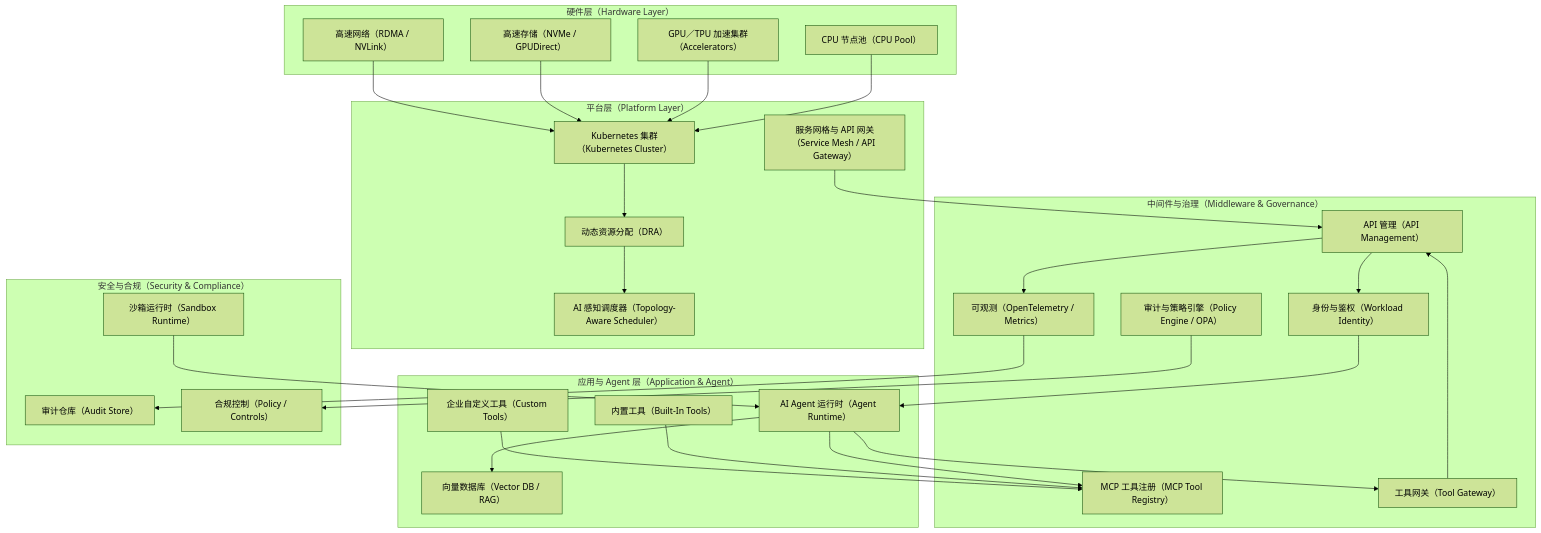
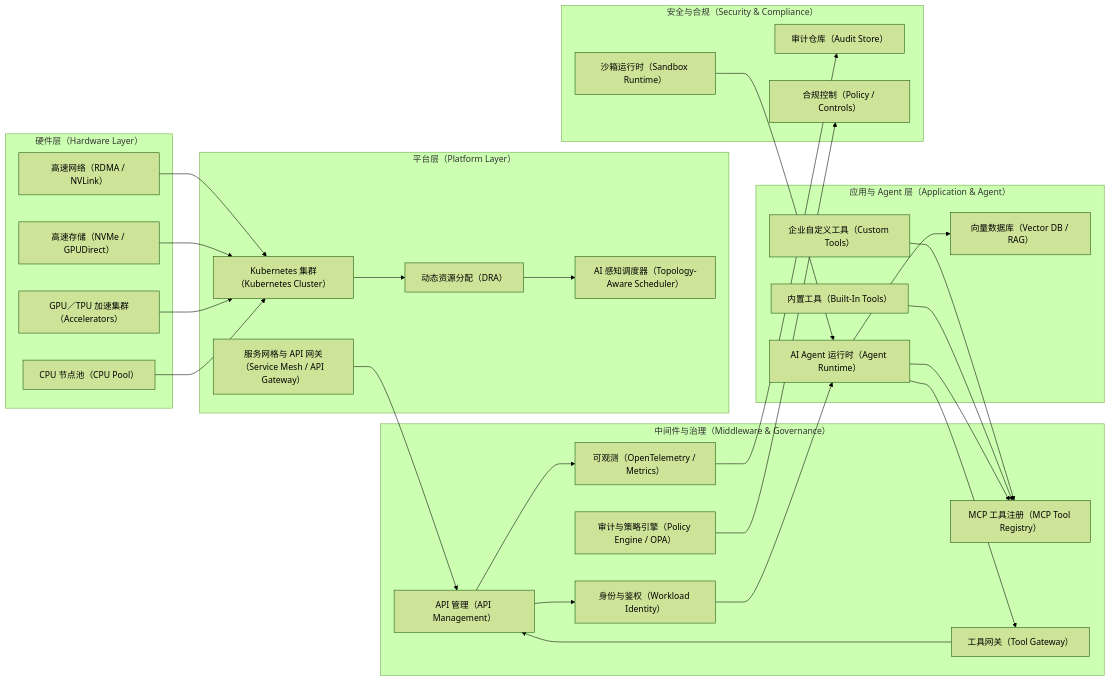
The diagram in examples/trends/04_agentic-ai-reference-architecture&platform.md (turtacn/PersonalAI), drawn with Mermaid (forest theme) before and after one commit.

Commit message:
technology insight on agentic ai infrastructure and platform

`````diff
--- a/examples/trends/04_agentic-ai-reference-architecture&platform.md
+++ b/examples/trends/04_agentic-ai-reference-architecture&platform.md
@@ -76,64 +76,64 @@
 ```mermaid
-flowchart TB
+flowchart LR
     %% 模块命名规则示例"大写缩写[中文名称（English Term）]"
     subgraph HW[硬件层（Hardware Layer）]
         A1[CPU 节点池（CPU Pool）]
         A2[GPU／TPU 加速集群（Accelerators）]
         A3[高速存储（NVMe / GPUDirect）]
         A4[高速网络（RDMA / NVLink）]
     end
 
     subgraph PL[平台层（Platform Layer）]
         B1[Kubernetes 集群（Kubernetes Cluster）]
         B2[动态资源分配（DRA）]
         B3[AI 感知调度器（Topology-Aware Scheduler）]
         B4[服务网格与 API 网关（Service Mesh / API Gateway）]
     end
 
     subgraph MW[中间件与治理（Middleware & Governance）]
         C1[MCP 工具注册（MCP Tool Registry）]
         C2[工具网关（Tool Gateway）]
         C3[API 管理（API Management）]
         C4[身份与鉴权（Workload Identity）]
         C5[可观测（OpenTelemetry / Metrics）]
         C6[审计与策略引擎（Policy Engine / OPA）]
     end
 
     subgraph APP[应用与 Agent 层（Application & Agent）]
         D1[AI Agent 运行时（Agent Runtime）]
         D2[内置工具（Built-In Tools）]
         D3[企业自定义工具（Custom Tools）]
         D4[向量数据库（Vector DB / RAG）]
     end
 
     subgraph SEC[安全与合规（Security & Compliance）]
         E1[沙箱运行时（Sandbox Runtime）]
         E2[审计仓库（Audit Store）]
         E3[合规控制（Policy / Controls）]
     end
 
     %% 链接关系
     A1 --> B1
     A2 --> B1
     A3 --> B1
     A4 --> B1
 
     B1 --> B2
     B2 --> B3
     B4 --> C3
 
     D1 --> C1
     D1 --> C2
     D1 --> D4
     D2 --> C1
     D3 --> C1
 
     C2 --> C3
     C3 --> C4
     C3 --> C5
     C5 --> E2
     C6 --> E3
 
     E1 --> D1
     C4 --> D1
 ````
`````
